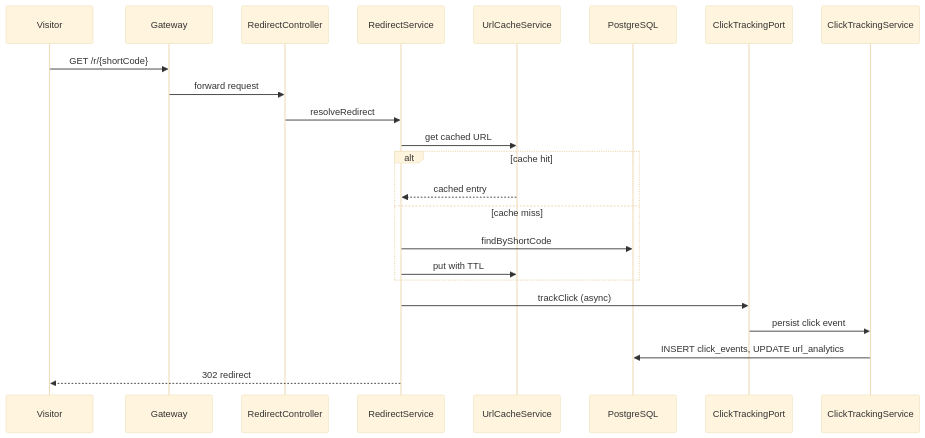
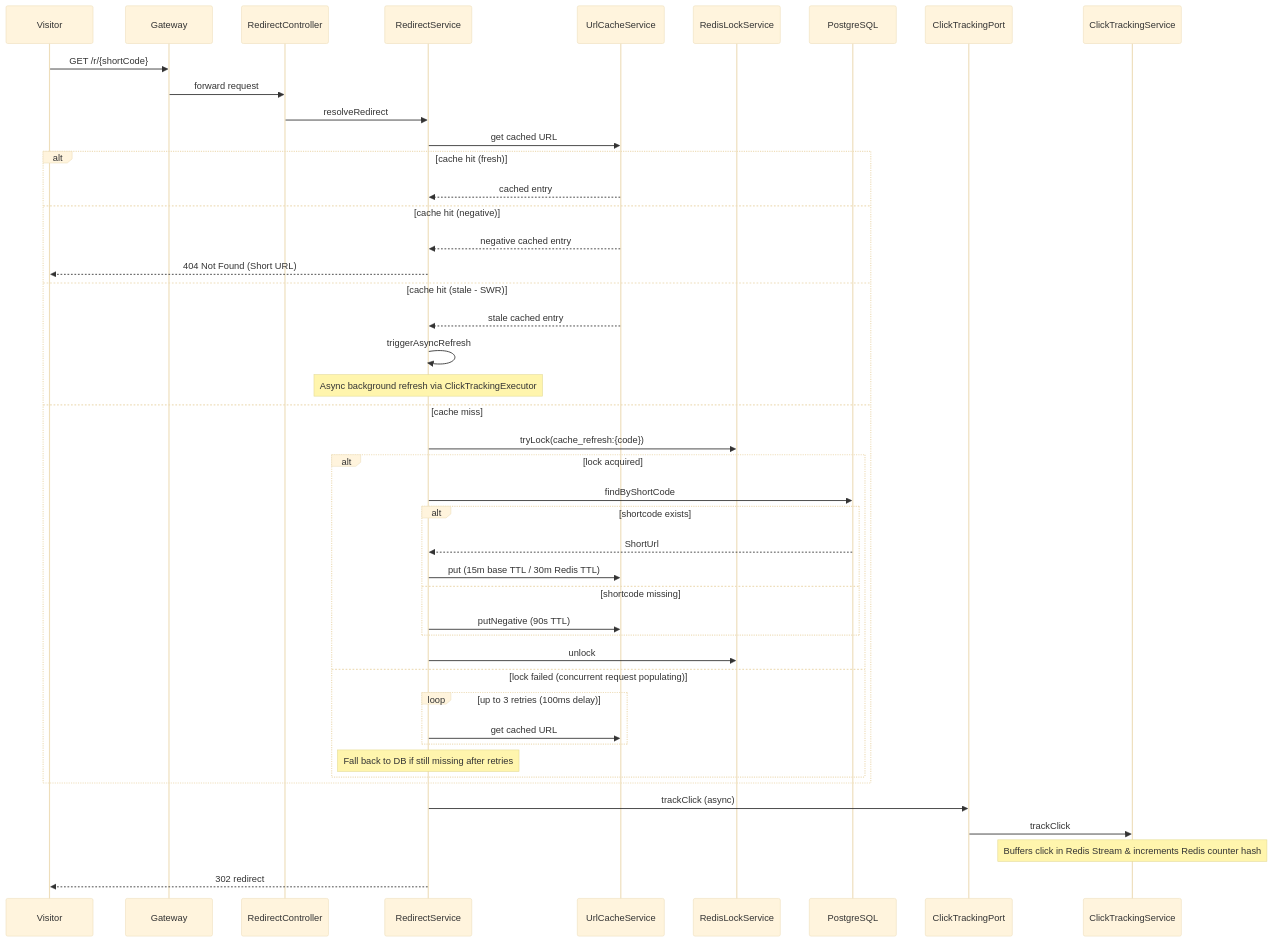
The seventh of 11 diagrams in docs/system-design.md (SlayerBit/linkflow), drawn with Mermaid (base theme) before and after one commit. The commit also changed other lines of this file and 21 other files, not shown here.

````diff
--- a/docs/system-design.md
+++ b/docs/system-design.md
@@ -228,26 +228,48 @@
 ```mermaid
 sequenceDiagram
     participant Visitor as Visitor
     participant Gateway as Gateway
     participant RedirectController as RedirectController
     participant RedirectService as RedirectService
     participant UrlCache as UrlCacheService
+    participant LockService as RedisLockService
     participant Database as PostgreSQL
     participant ClickTracking as ClickTrackingPort
     participant Analytics as ClickTrackingService
 
     Visitor->>Gateway: GET /r/{shortCode}
     Gateway->>RedirectController: forward request
     RedirectController->>RedirectService: resolveRedirect
     RedirectService->>UrlCache: get cached URL
-    alt cache hit
+    alt cache hit (fresh)
         UrlCache-->>RedirectService: cached entry
+    else cache hit (negative)
+        UrlCache-->>RedirectService: negative cached entry
+        RedirectService-->>Visitor: 404 Not Found (Short URL)
+    else cache hit (stale - SWR)
+        UrlCache-->>RedirectService: stale cached entry
+        RedirectService->>RedirectService: triggerAsyncRefresh
+        Note over RedirectService: Async background refresh via ClickTrackingExecutor
     else cache miss
-        RedirectService->>Database: findByShortCode
-        RedirectService->>UrlCache: put with TTL
+        RedirectService->>LockService: tryLock(cache_refresh:{code})
+        alt lock acquired
+            RedirectService->>Database: findByShortCode
+            alt shortcode exists
+                Database-->>RedirectService: ShortUrl
+                RedirectService->>UrlCache: put (15m base TTL / 30m Redis TTL)
+            else shortcode missing
+                RedirectService->>UrlCache: putNegative (90s TTL)
+            end
+            RedirectService->>LockService: unlock
+        else lock failed (concurrent request populating)
+            loop up to 3 retries (100ms delay)
+                RedirectService->>UrlCache: get cached URL
+            end
+            Note over RedirectService: Fall back to DB if still missing after retries
+        end
     end
     RedirectService->>ClickTracking: trackClick (async)
-    ClickTracking->>Analytics: persist click event
-    Analytics->>Database: INSERT click_events, UPDATE url_analytics
+    ClickTracking->>Analytics: trackClick
+    Note over Analytics: Buffers click in Redis Stream & increments Redis counter hash
     RedirectService-->>Visitor: 302 redirect
 ```
````
